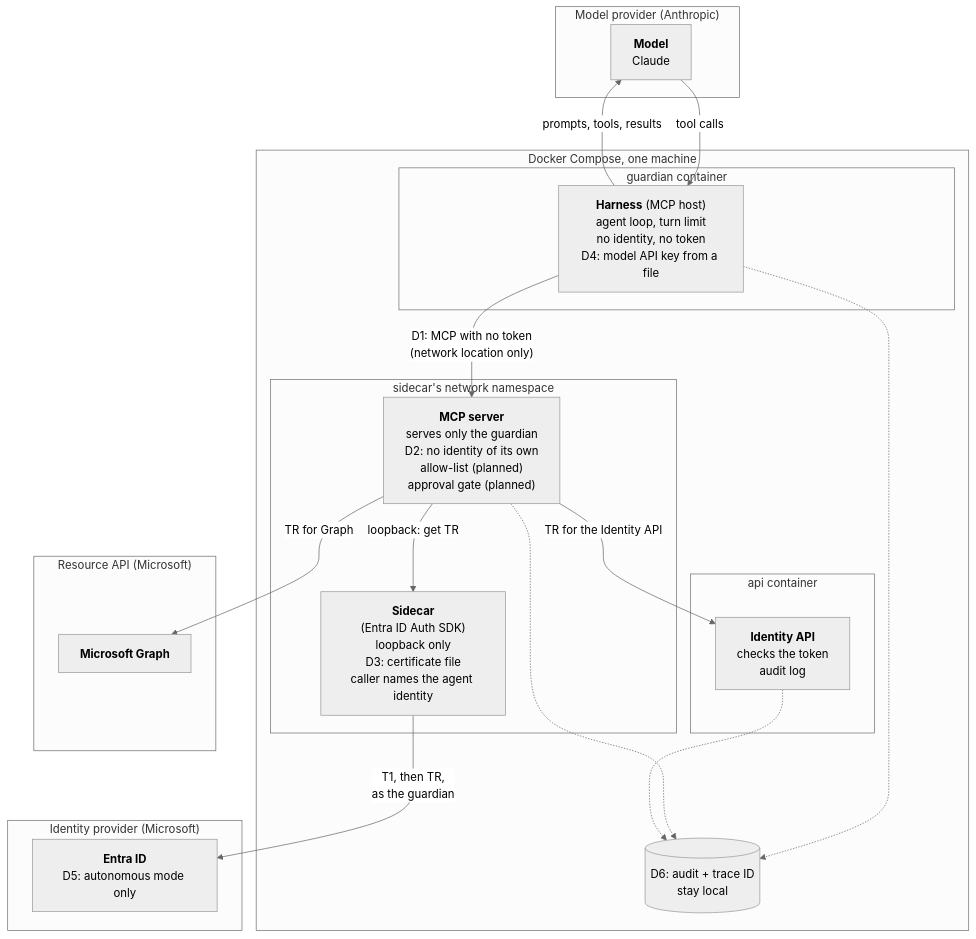
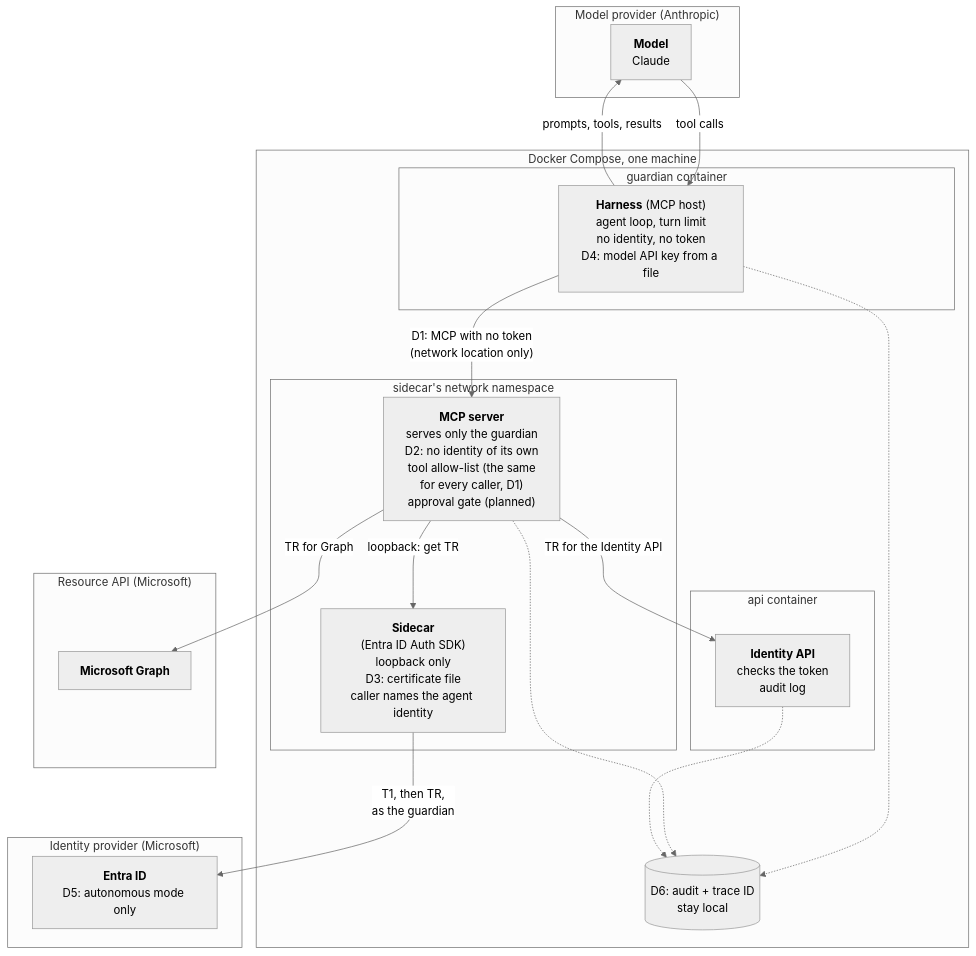
The second of 2 diagrams in docs/agent-architecture.md (alireza-mpr/agent-steward), drawn with Mermaid (neutral theme) before and after one commit. The commit also changed other lines of this file and 17 other files, not shown here.

First line of the commit message:
feat(mcp-server): tool allow-list (FR6): tools/list hides, tools/call refuses with -32602, the harness stops the run

````diff
--- a/docs/agent-architecture.md
+++ b/docs/agent-architecture.md
@@ -158,39 +158,39 @@
 ```mermaid
 flowchart TB
     subgraph PROVIDER["Model provider (Anthropic)"]
         MODEL["<b>Model</b><br/>Claude"]
     end
 
     subgraph COMPOSE["Docker Compose, one machine"]
         subgraph GCONT["guardian container"]
             HARNESS["<b>Harness</b> (MCP host)<br/>agent loop, turn limit<br/>no identity, no token<br/>D4: model API key from a file"]
         end
         subgraph NS["sidecar's network namespace"]
-            MCP["<b>MCP server</b><br/>serves only the guardian<br/>D2: no identity of its own<br/>allow-list (planned)<br/>approval gate (planned)"]
+            MCP["<b>MCP server</b><br/>serves only the guardian<br/>D2: no identity of its own<br/>tool allow-list (the same<br/>for every caller, D1)<br/>approval gate (planned)"]
             SIDECAR["<b>Sidecar</b><br/>(Entra ID Auth SDK)<br/>loopback only<br/>D3: certificate file<br/>caller names the agent identity"]
         end
         subgraph ACONT["api container"]
             API["<b>Identity API</b><br/>checks the token<br/>audit log"]
         end
         LOGS[("D6: audit + trace ID<br/>stay local")]
     end
 
     subgraph IDP["Identity provider (Microsoft)"]
         ENTRA["<b>Entra ID</b><br/>D5: autonomous mode only"]
     end
 
     subgraph RES["Resource API (Microsoft)"]
         GRAPH["<b>Microsoft Graph</b>"]
     end
 
     HARNESS -- "prompts, tools, results" --> MODEL
     MODEL -- "tool calls" --> HARNESS
     HARNESS -- "D1: MCP with no token<br/>(network location only)" --> MCP
     MCP -- "loopback: get TR" --> SIDECAR
     SIDECAR -- "T1, then TR,<br/>as the guardian" --> ENTRA
     MCP -- "TR for Graph" --> GRAPH
     MCP -- "TR for the Identity API" --> API
     HARNESS -.-> LOGS
     MCP -.-> LOGS
     API -.-> LOGS
 ```
````
